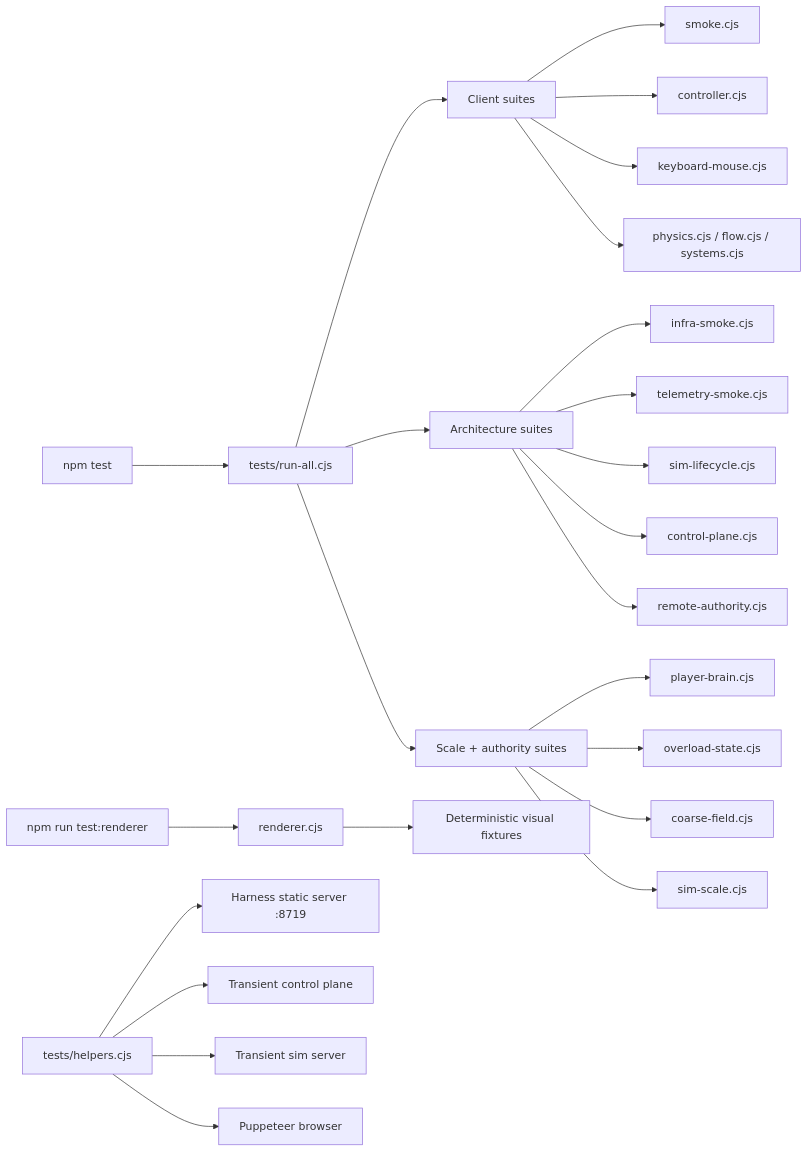
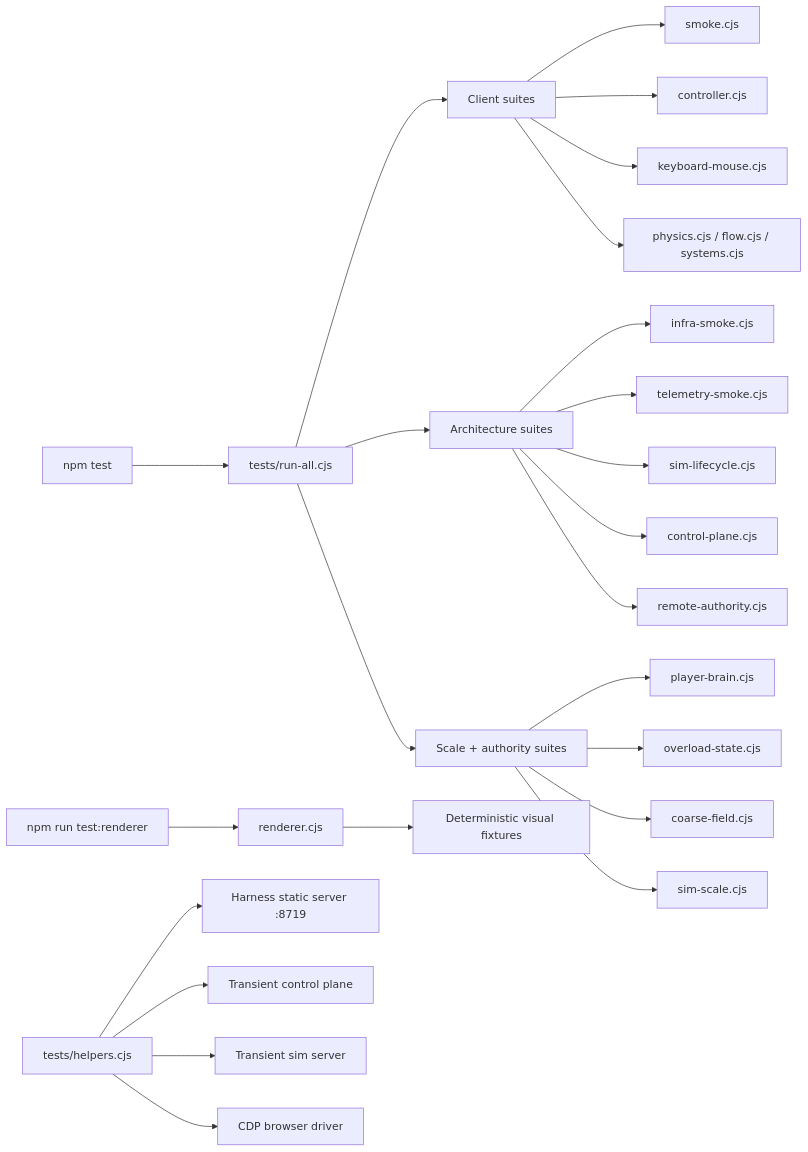
Before and after one commit to theysayheygreg/last-black-hole: the diagram in docs/reference/TEST-HARNESS.md, drawn with Mermaid. The commit also changed other lines of this file and 39 other files, not shown here.

````diff
--- a/docs/reference/TEST-HARNESS.md
+++ b/docs/reference/TEST-HARNESS.md
@@ -20,31 +20,31 @@
 ```mermaid
 flowchart LR
     A["npm test"] --> B["tests/run-all.cjs"]
     B --> C["Client suites"]
     B --> D["Architecture suites"]
     B --> E["Scale + authority suites"]
 
     C --> C1["smoke.cjs"]
     C --> C2["controller.cjs"]
     C --> C3["keyboard-mouse.cjs"]
     C --> C4["physics.cjs / flow.cjs / systems.cjs"]
 
     D --> D1["infra-smoke.cjs"]
     D --> D2["telemetry-smoke.cjs"]
     D --> D3["sim-lifecycle.cjs"]
     D --> D4["control-plane.cjs"]
     D --> D5["remote-authority.cjs"]
 
     E --> E1["player-brain.cjs"]
     E --> E2["overload-state.cjs"]
     E --> E3["coarse-field.cjs"]
     E --> E4["sim-scale.cjs"]
 
     F["npm run test:renderer"] --> G["renderer.cjs"]
     G --> H["Deterministic visual fixtures"]
 
     I["tests/helpers.cjs"] --> J["Harness static server :8719"]
     I --> K["Transient control plane"]
     I --> L["Transient sim server"]
-    I --> M["Puppeteer browser"]
+    I --> M["CDP browser driver"]
 ```
````
